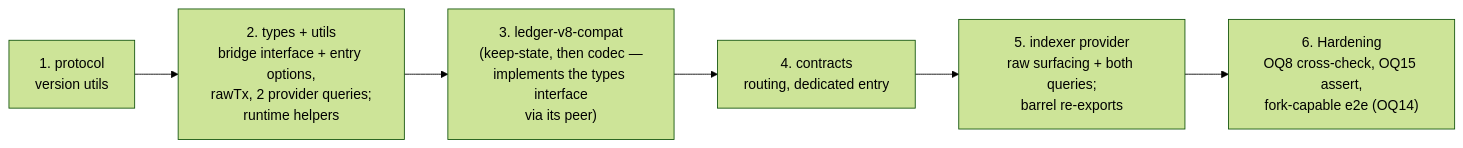
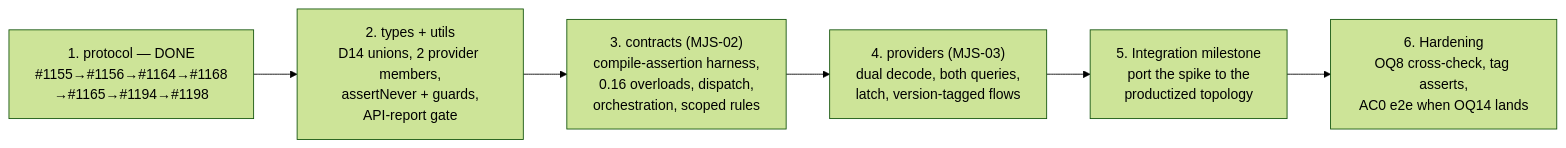
Before and after one commit to midnightntwrk/midnight-js: the tenth of 10 diagrams in docs/architecture/2026-08-05-ledger-v8-v9-dual-support-architecture.md, drawn with Mermaid (forest theme). The commit also changed other lines of this file and 3 other files, not shown here.

First line of the commit message:
docs: reconcile HF spec and plans against the merged dual-ledger stack

````diff
--- a/docs/architecture/2026-08-05-ledger-v8-v9-dual-support-architecture.md
+++ b/docs/architecture/2026-08-05-ledger-v8-v9-dual-support-architecture.md
@@ -541,8 +533,8 @@
 ```mermaid
 flowchart LR
-    s1["1. protocol<br/>version utils"] --> s2["2. types + utils<br/>bridge interface + entry options,<br/>rawTx, 2 provider queries;<br/>runtime helpers"]
-    s2 --> s3["3. ledger-v8-compat<br/>(keep-state, then codec —<br/>implements the types interface<br/>via its peer)"]
-    s3 --> s4["4. contracts<br/>routing, dedicated entry"]
-    s4 --> s5["5. indexer provider<br/>raw surfacing + both queries;<br/>barrel re-exports"]
-    s5 --> s6["6. Hardening<br/>OQ8 cross-check, OQ15 assert,<br/>fork-capable e2e (OQ14)"]
+    s1["1. protocol — DONE<br/>#1155→#1156→#1164→#1168<br/>→#1165→#1194→#1198"] --> s2["2. types + utils<br/>D14 unions, 2 provider members,<br/>assertNever + guards,<br/>API-report gate"]
+    s2 --> s3["3. contracts (MJS-02)<br/>compile-assertion harness,<br/>0.16 overloads, dispatch,<br/>orchestration, scoped rules"]
+    s3 --> s4["4. providers (MJS-03)<br/>dual decode, both queries,<br/>latch, version-tagged flows"]
+    s4 --> s5["5. Integration milestone<br/>port the spike to the<br/>productized topology"]
+    s5 --> s6["6. Hardening<br/>OQ8 cross-check, tag asserts,<br/>AC0 e2e when OQ14 lands"]
 ```
````
